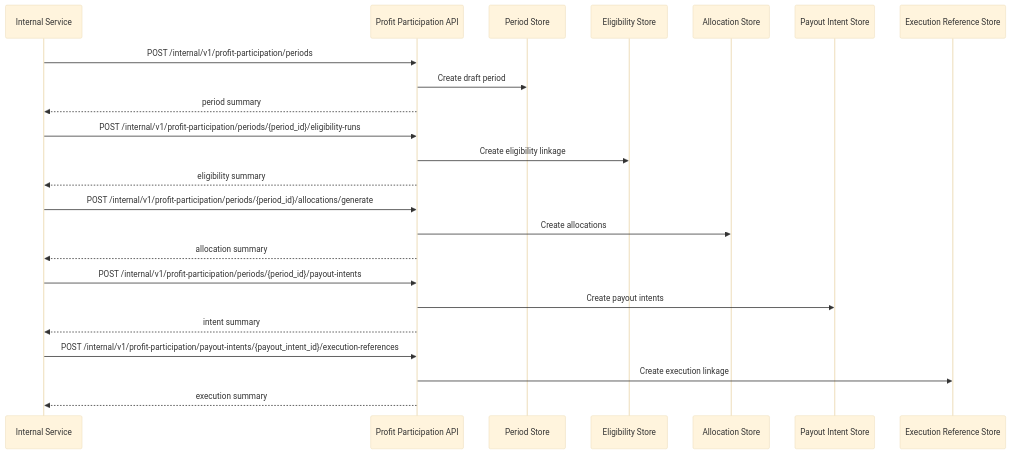
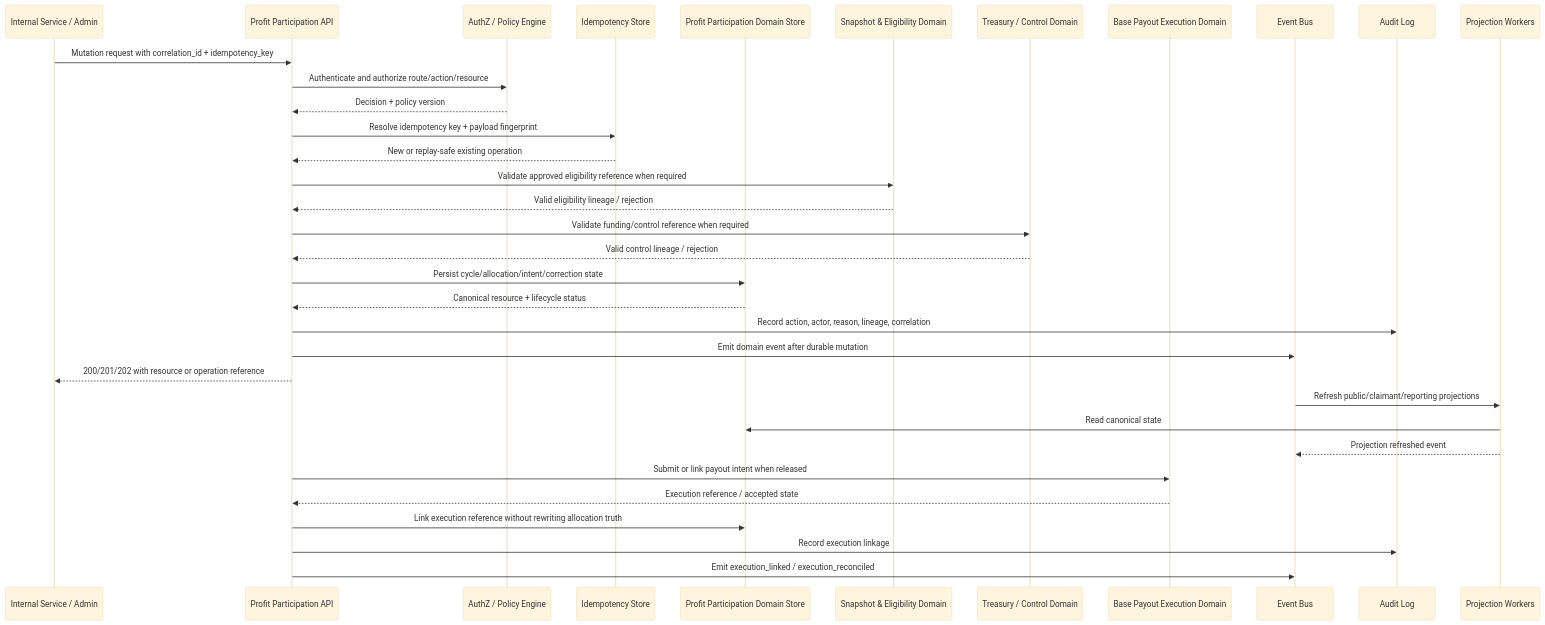
One commit to fuze-ac/api-specs changed the third of 3 diagrams in PROFIT_PARTICIPATION_API_SPEC.md. Above: the diagram before and after it, drawn with Mermaid (base theme). The commit also changed other lines of this file and 50 other files, not shown here.

Commit message:
recheck and update all API Specs

````diff
--- a/PROFIT_PARTICIPATION_API_SPEC.md
+++ b/PROFIT_PARTICIPATION_API_SPEC.md
@@ -1240,30 +683,39 @@
 ```mermaid
 sequenceDiagram
-    participant S as Internal Service
-    participant API as Profit Participation API
-    participant PER as Period Store
-    participant ELI as Eligibility Store
-    participant ALL as Allocation Store
-    participant INT as Payout Intent Store
-    participant EXE as Execution Reference Store
+  participant Caller as Internal Service / Admin
+  participant API as Profit Participation API
+  participant Auth as AuthZ / Policy Engine
+  participant Idem as Idempotency Store
+  participant PP as Profit Participation Domain Store
+  participant Elig as Snapshot & Eligibility Domain
+  participant Treas as Treasury / Control Domain
+  participant Exec as Base Payout Execution Domain
+  participant Bus as Event Bus
+  participant Audit as Audit Log
+  participant Proj as Projection Workers
 
-    S->>API: POST /internal/v1/profit-participation/periods
-    API->>PER: Create draft period
-    API-->>S: period summary
+  Caller->>API: Mutation request with correlation_id + idempotency_key
+  API->>Auth: Authenticate and authorize route/action/resource
+  Auth-->>API: Decision + policy version
+  API->>Idem: Resolve idempotency key + payload fingerprint
+  Idem-->>API: New or replay-safe existing operation
+  API->>Elig: Validate approved eligibility reference when required
+  Elig-->>API: Valid eligibility lineage / rejection
+  API->>Treas: Validate funding/control reference when required
+  Treas-->>API: Valid control lineage / rejection
+  API->>PP: Persist cycle/allocation/intent/correction state
+  PP-->>API: Canonical resource + lifecycle status
+  API->>Audit: Record action, actor, reason, lineage, correlation
+  API->>Bus: Emit domain event after durable mutation
+  API-->>Caller: 200/201/202 with resource or operation reference
 
-    S->>API: POST /internal/v1/profit-participation/periods/{period_id}/eligibility-runs
-    API->>ELI: Create eligibility linkage
-    API-->>S: eligibility summary
+  Bus->>Proj: Refresh public/claimant/reporting projections
+  Proj->>PP: Read canonical state
+  Proj-->>Bus: Projection refreshed event
 
-    S->>API: POST /internal/v1/profit-participation/periods/{period_id}/allocations/generate
-    API->>ALL: Create allocations
-    API-->>S: allocation summary
-
-    S->>API: POST /internal/v1/profit-participation/periods/{period_id}/payout-intents
-    API->>INT: Create payout intents
-    API-->>S: intent summary
-
-    S->>API: POST /internal/v1/profit-participation/payout-intents/{payout_intent_id}/execution-references
-    API->>EXE: Create execution linkage
-    API-->>S: execution summary
+  API->>Exec: Submit or link payout intent when released
+  Exec-->>API: Execution reference / accepted state
+  API->>PP: Link execution reference without rewriting allocation truth
+  API->>Audit: Record execution linkage
+  API->>Bus: Emit execution_linked / execution_reconciled
 ```
````
